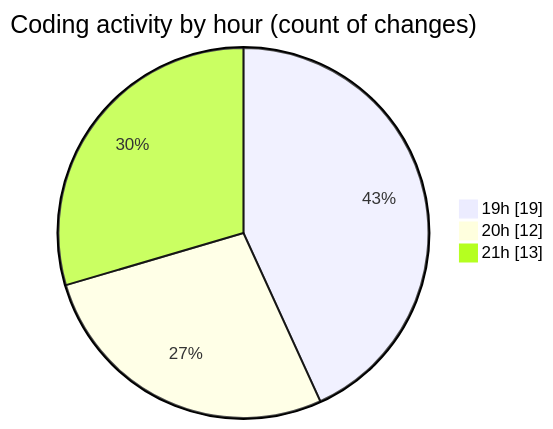
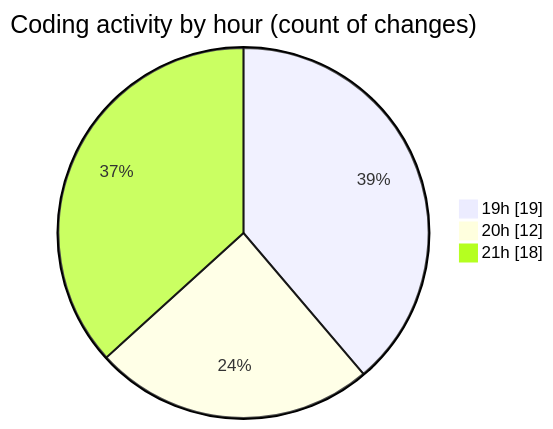
One commit to lephambinh05/code-tracking changed the second of 2 diagrams in 2025-07-28/quanlyrapchieuphim-2/README.md. Above: the diagram before and after it, drawn with Mermaid. The commit also changed other lines of this file and 1 other file, not shown here.

````diff
--- a/2025-07-28/quanlyrapchieuphim-2/README.md
+++ b/2025-07-28/quanlyrapchieuphim-2/README.md
@@ -47,7 +47,7 @@
 ```mermaid
 pie showData
 title Coding activity by hour (count of changes)
 "19h" : 19
 "20h" : 12
-"21h" : 13
+"21h" : 18
 ```
````
